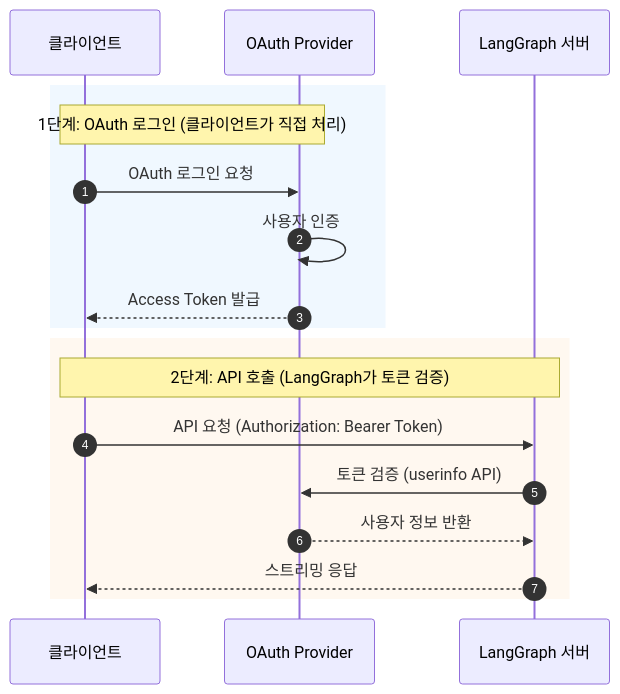
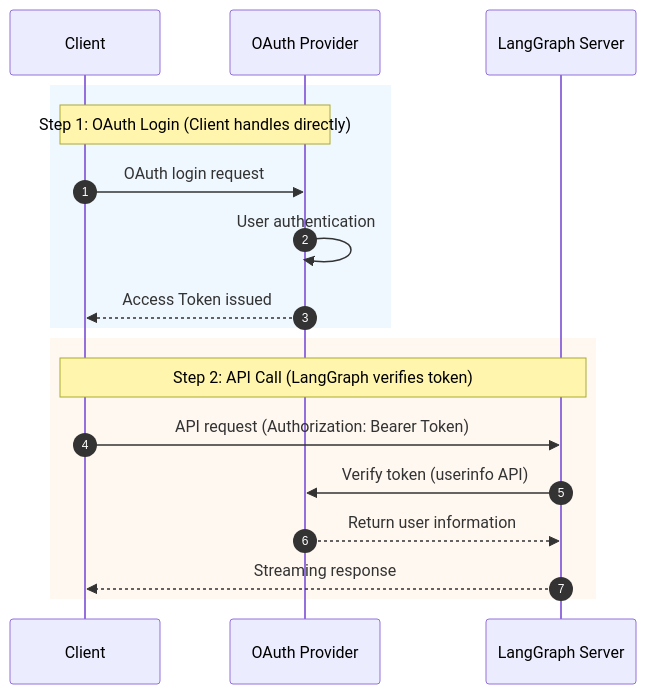
One commit to braincrew-lab/langgraph-chat-ui changed the first of 7 diagrams in docs/04-OAUTH-DIRECT.md. Above: the diagram before and after it, drawn with Mermaid. The commit also changed other lines of this file and 24 other files, not shown here.

````diff
--- a/docs/04-OAUTH-DIRECT.md
+++ b/docs/04-OAUTH-DIRECT.md
@@ -19,22 +19,22 @@
 ```mermaid
 sequenceDiagram
     autonumber
-    participant Client as 클라이언트
+    participant Client as Client
     participant OAuth as OAuth Provider
-    participant LangGraph as LangGraph 서버
+    participant LangGraph as LangGraph Server
 
     rect rgb(240, 248, 255)
-        Note over Client,OAuth: 1단계: OAuth 로그인 (클라이언트가 직접 처리)
-        Client->>OAuth: OAuth 로그인 요청
-        OAuth->>OAuth: 사용자 인증
-        OAuth-->>Client: Access Token 발급
+        Note over Client,OAuth: Step 1: OAuth Login (Client handles directly)
+        Client->>OAuth: OAuth login request
+        OAuth->>OAuth: User authentication
+        OAuth-->>Client: Access Token issued
     end
 
     rect rgb(255, 248, 240)
-        Note over Client,LangGraph: 2단계: API 호출 (LangGraph가 토큰 검증)
-        Client->>LangGraph: API 요청 (Authorization: Bearer Token)
-        LangGraph->>OAuth: 토큰 검증 (userinfo API)
-        OAuth-->>LangGraph: 사용자 정보 반환
-        LangGraph-->>Client: 스트리밍 응답
+        Note over Client,LangGraph: Step 2: API Call (LangGraph verifies token)
+        Client->>LangGraph: API request (Authorization: Bearer Token)
+        LangGraph->>OAuth: Verify token (userinfo API)
+        OAuth-->>LangGraph: Return user information
+        LangGraph-->>Client: Streaming response
     end
 ```
````
